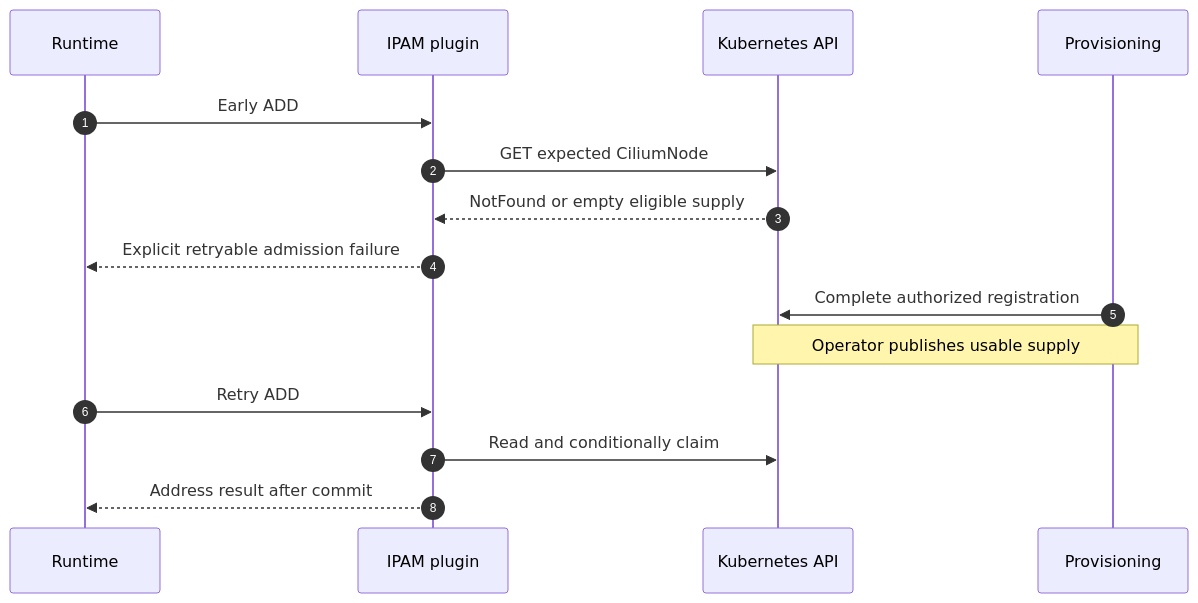
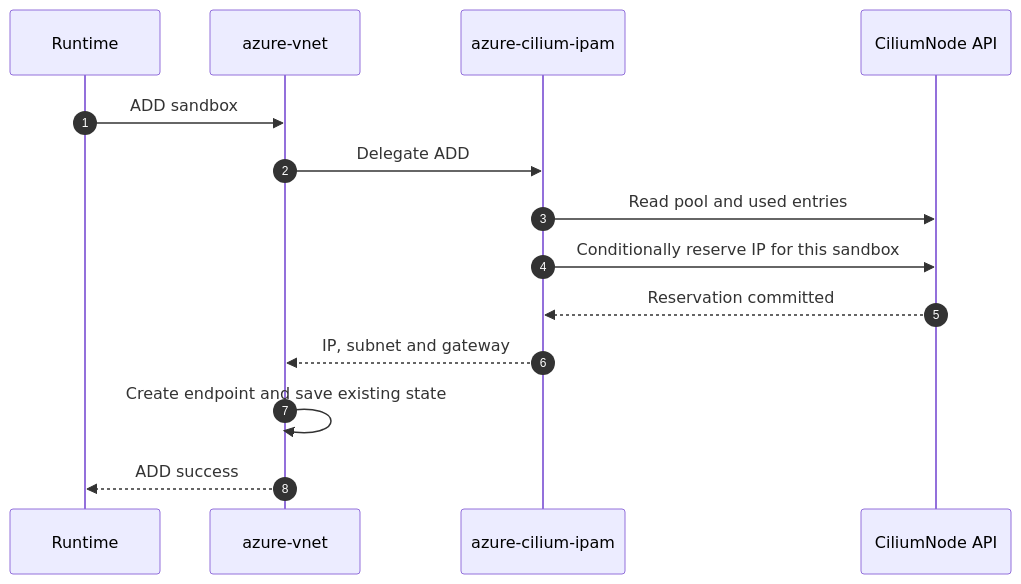
The second of 9 diagrams in docs/cilium-operator-ipam.md (Azure/azure-container-networking), drawn with Mermaid before and after one commit. The commit also changed other lines of this file, not shown here.

First line of the commit message:
Refocus the Cilium IPAM lifecycle proposal

````diff
--- a/docs/cilium-operator-ipam.md
+++ b/docs/cilium-operator-ipam.md
@@ -497,17 +37,16 @@
 ```mermaid
 sequenceDiagram
     autonumber
     participant R as Runtime
-    participant I as IPAM plugin
-    participant K as Kubernetes API
-    participant B as Provisioning
-    R->>I: Early ADD
-    I->>K: GET expected CiliumNode
-    K-->>I: NotFound or empty eligible supply
-    I-->>R: Explicit retryable admission failure
-    B->>K: Complete authorized registration
-    Note over B,K: Operator publishes usable supply
-    R->>I: Retry ADD
-    I->>K: Read and conditionally claim
-    I-->>R: Address result after commit
+    participant C as azure-vnet
+    participant I as azure-cilium-ipam
+    participant K as CiliumNode API
+    R->>C: ADD sandbox
+    C->>I: Delegate ADD
+    I->>K: Read pool and used entries
+    I->>K: Conditionally reserve IP for this sandbox
+    K-->>I: Reservation committed
+    I-->>C: IP, subnet and gateway
+    C->>C: Create endpoint and save existing state
+    C-->>R: ADD success
 ```
````
